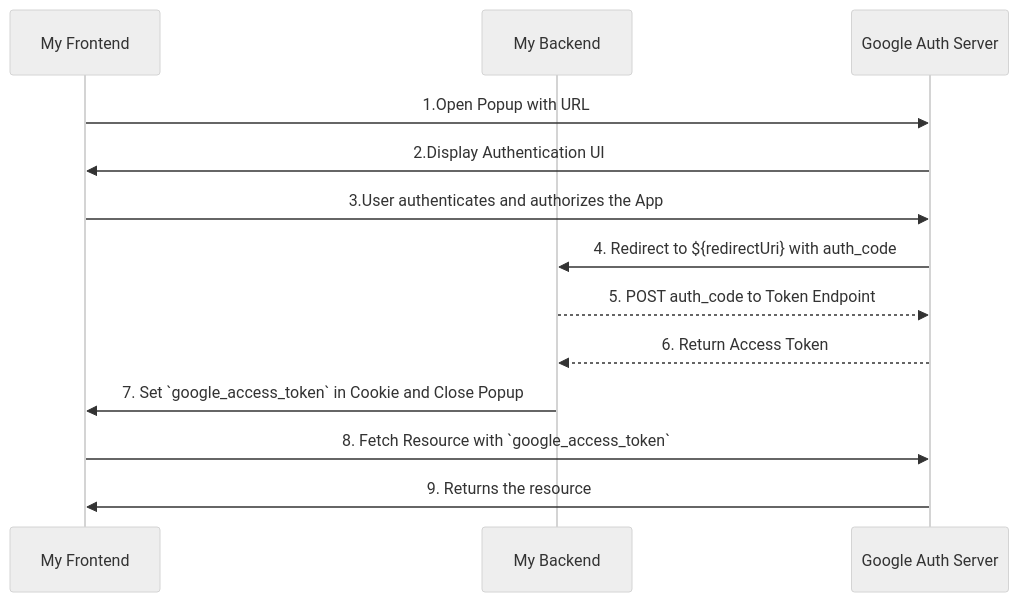
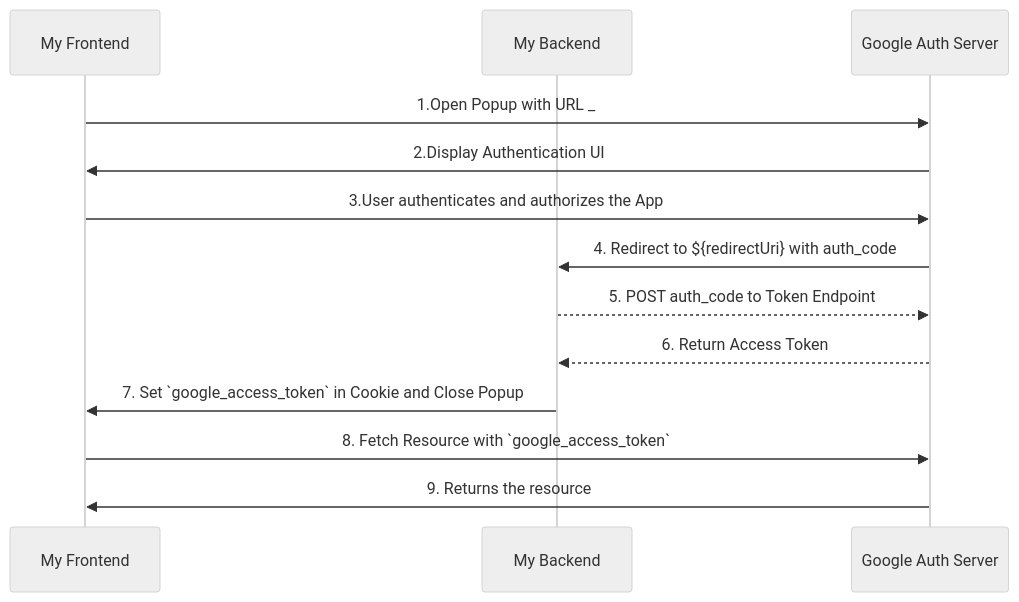
The diagram in README.md (asgarov1/oauth2-demo), drawn with Mermaid (neutral theme) before and after one commit.

Commit message:
refactoring readme

````diff
--- a/README.md
+++ b/README.md
@@ -53,16 +53,16 @@
 ```mermaid
 sequenceDiagram
     participant FE as My Frontend
     participant BE as My Backend
     participant Google as Google Auth Server
 
-    FE->>Google: 1.Open Popup with URL        
+    FE->>Google: 1.Open Popup with URL        _
     Google->>FE: 2.Display Authentication UI
     FE->>Google: 3.User authenticates and authorizes the App
     Google->>BE: 4. Redirect to ${redirectUri} with auth_code
     BE-->>Google: 5. POST auth_code to Token Endpoint
     Google-->>BE: 6. Return Access Token
     BE->>FE: 7. Set `google_access_token` in Cookie and Close Popup
     FE->>Google: 8. Fetch Resource with `google_access_token`
     Google->>FE: 9. Returns the resource
 ```
````
